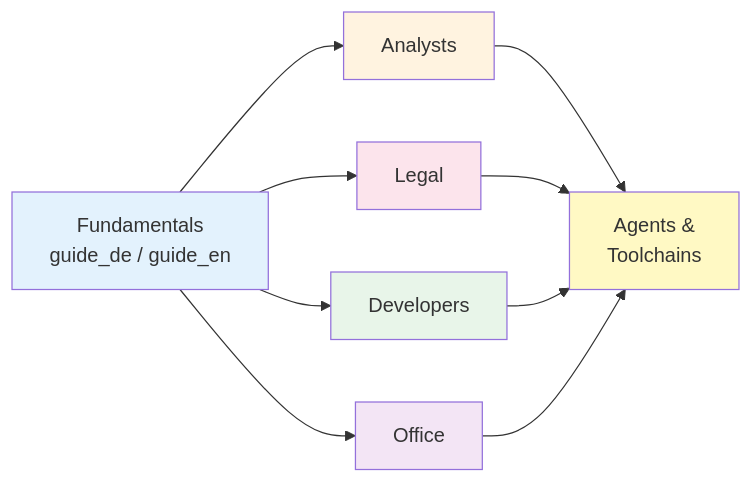
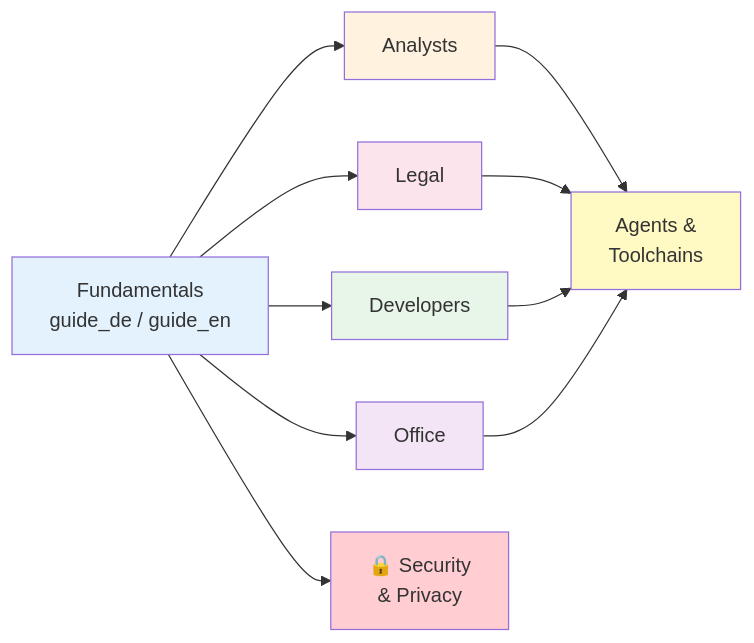
The diagram in README.md (justinsz/ProPrompt), drawn with Mermaid before and after one commit. The commit also changed other lines of this file and 5 other files, not shown here.

First line of the commit message:
Add Security & Privacy guides (DE+EN), remove Python from Office guides

````diff
--- a/README.md
+++ b/README.md
@@ -44,16 +52,18 @@
 ```mermaid
 flowchart LR
     A[Fundamentals<br/>guide_de / guide_en] --> B[Analysts]
     A --> C[Legal]
     A --> D[Developers]
     A --> E[Office]
+    A --> S[🔒 Security<br/>& Privacy]
 
     B & C & D & E --> F[Agents &<br/>Toolchains]
 
     style A fill:#e3f2fd
     style B fill:#fff3e0
     style C fill:#fce4ec
     style D fill:#e8f5e9
     style E fill:#f3e5f5
     style F fill:#fff9c4
+    style S fill:#ffcdd2
 ```
````
